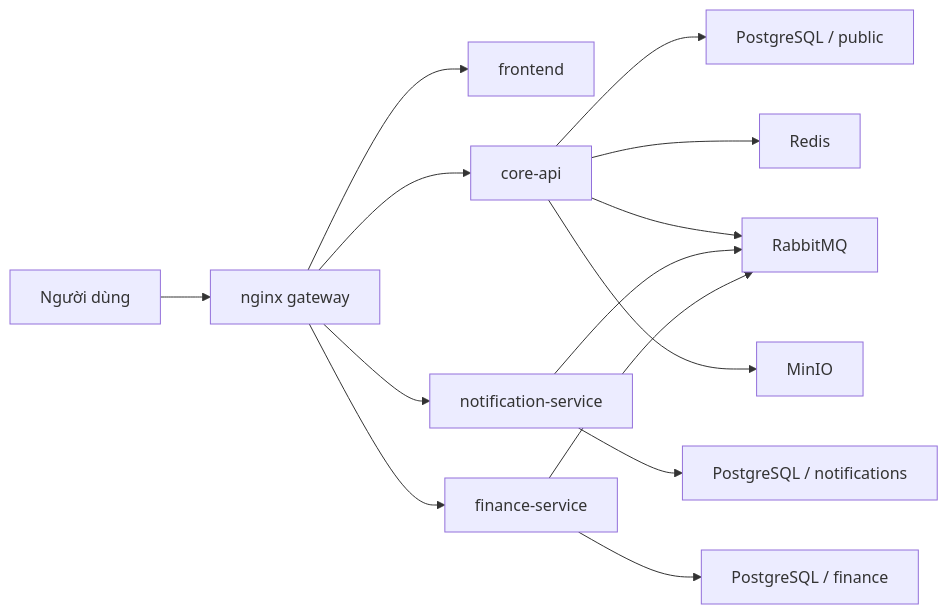
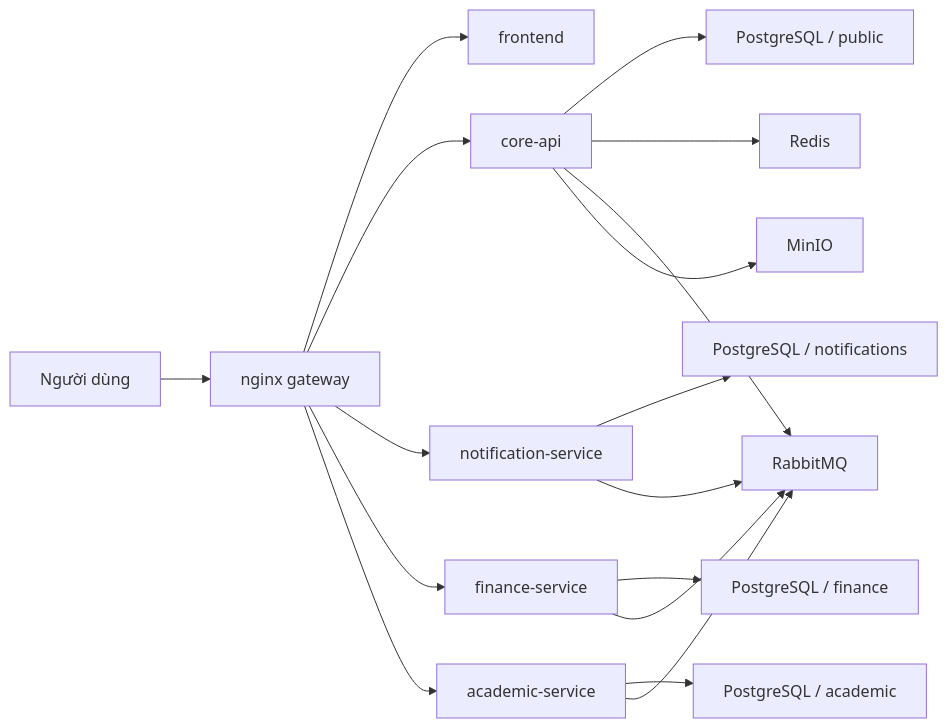
The diagram in README.md (JasonTM17/CampusCore_FullStack_Individual), drawn with Mermaid before and after one commit. The commit also changed other lines of this file and 12 other files, not shown here.

Commit message:
docs(architecture): align readmes and operations guides for microservices v3

````diff
--- a/README.md
+++ b/README.md
@@ -35,16 +37,21 @@
 ```mermaid
 flowchart LR
   U["Người dùng"] --> N["nginx gateway"]
   N --> F["frontend"]
   N --> C["core-api"]
   N --> NS["notification-service"]
   N --> FS["finance-service"]
+  N --> AS["academic-service"]
+
   C --> P1["PostgreSQL / public"]
   NS --> P2["PostgreSQL / notifications"]
   FS --> P3["PostgreSQL / finance"]
+  AS --> P4["PostgreSQL / academic"]
+
   C --> R["Redis"]
   C --> Q["RabbitMQ"]
   NS --> Q
   FS --> Q
+  AS --> Q
   C --> M["MinIO"]
 ```
````
